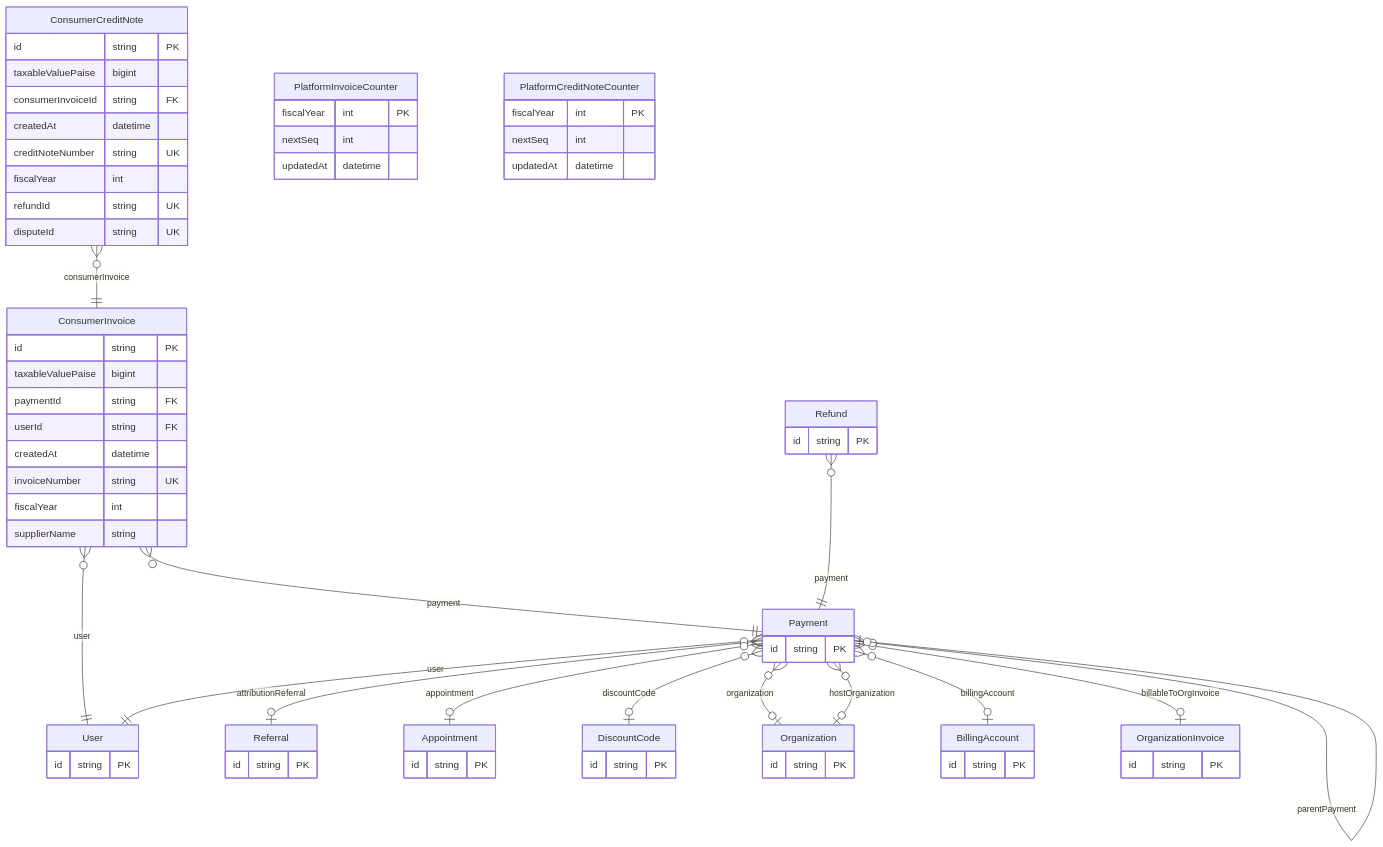
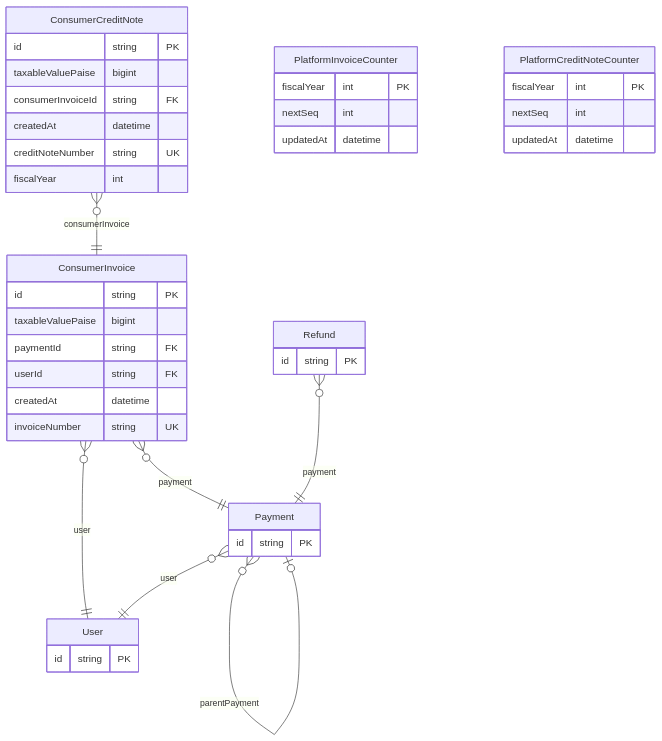
One commit to Practitionist/familiarise_web changed the first of 3 diagrams in docs/prisma/domains/07-invoicing-and-referrals.md. Above: the diagram before and after it, drawn with Mermaid. The commit also changed other lines of this file and 14 other files, not shown here.

````diff
--- a/docs/prisma/domains/07-invoicing-and-referrals.md
+++ b/docs/prisma/domains/07-invoicing-and-referrals.md
@@ -18,73 +18,44 @@
 ```mermaid
 erDiagram
     ConsumerInvoice {
         id string PK
         taxableValuePaise bigint
         paymentId string FK
         userId string FK
         createdAt datetime
         invoiceNumber string UK
-        fiscalYear int
-        supplierName string
     }
     ConsumerCreditNote {
         id string PK
         taxableValuePaise bigint
         consumerInvoiceId string FK
         createdAt datetime
         creditNoteNumber string UK
         fiscalYear int
-        refundId string UK
-        disputeId string UK
     }
     PlatformInvoiceCounter {
         fiscalYear int PK
         nextSeq int
         updatedAt datetime
     }
     PlatformCreditNoteCounter {
         fiscalYear int PK
         nextSeq int
         updatedAt datetime
     }
     User {
         id string PK
     }
     Payment {
         id string PK
     }
     Refund {
         id string PK
     }
-    Referral {
-        id string PK
-    }
-    Appointment {
-        id string PK
-    }
-    DiscountCode {
-        id string PK
-    }
-    Organization {
-        id string PK
-    }
-    BillingAccount {
-        id string PK
-    }
-    OrganizationInvoice {
-        id string PK
-    }
     ConsumerInvoice }o--|| Payment : "payment"
     ConsumerInvoice }o--|| User : "user"
     ConsumerCreditNote }o--|| ConsumerInvoice : "consumerInvoice"
-    Payment }o--o| Referral : "attributionReferral"
     Payment }o--|| User : "user"
-    Payment }o--o| Appointment : "appointment"
-    Payment }o--o| DiscountCode : "discountCode"
-    Payment }o--o| Organization : "organization"
-    Payment }o--o| Organization : "hostOrganization"
-    Payment }o--o| BillingAccount : "billingAccount"
-    Payment }o--o| OrganizationInvoice : "billableToOrgInvoice"
     Payment }o--o| Payment : "parentPayment"
     Refund }o--|| Payment : "payment"
 ```
````
